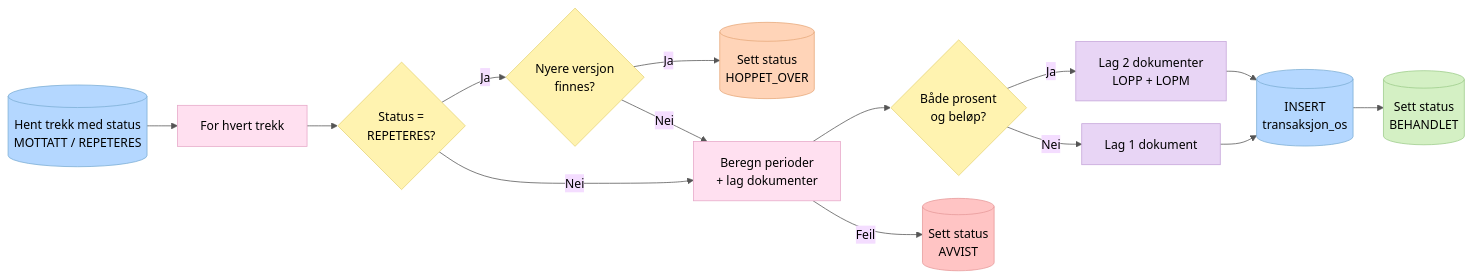
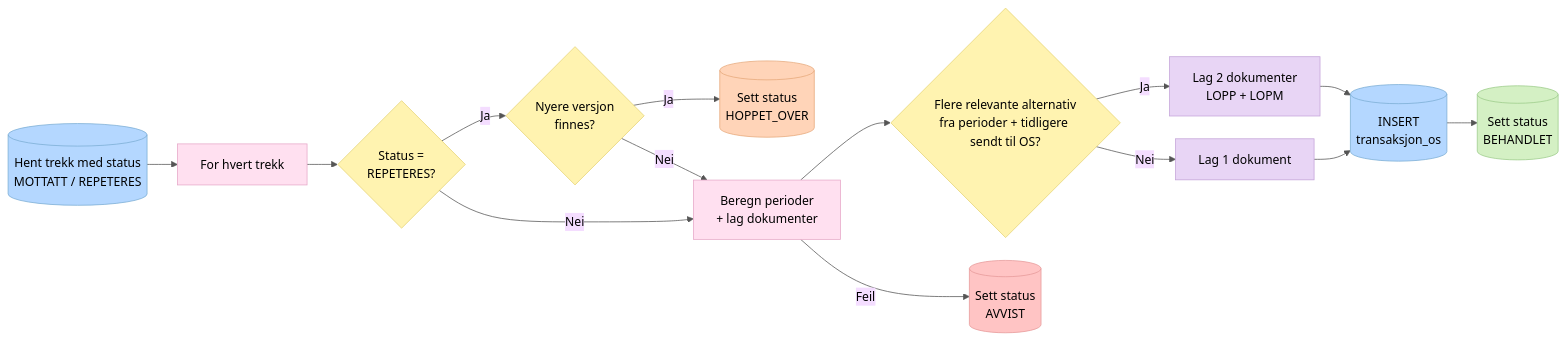
One commit to navikt/sokos-utleggstrekk changed the first of 2 diagrams in dokumentasjon/flytdiagram/03_behandling.md. Above: the diagram before and after it, drawn with Mermaid.

Commit message:
Update flowchart process for document generation

````diff
--- a/dokumentasjon/flytdiagram/03_behandling.md
+++ b/dokumentasjon/flytdiagram/03_behandling.md
@@ -5,35 +5,35 @@
 ```mermaid
 %%{init: {'theme': 'base', 'themeVariables': {'background': '#ffffff', 'primaryTextColor': '#000000', 'secondaryTextColor': '#000000', 'tertiaryTextColor': '#000000', 'lineColor': '#555555', 'textColor': '#000000'}, 'flowchart': {'wrappingWidth': 200, 'padding': 15, 'nodeSpacing': 30, 'rankSpacing': 40}}}%%
 flowchart LR
     Start[(Hent trekk med status<br/>MOTTATT / REPETERES)] --> ForEach[For hvert trekk]
 
     ForEach --> RepCheck{Status =<br/>REPETERES?}
     RepCheck -->|Ja| Newer{Nyere versjon<br/>finnes?}
     Newer -->|Ja| Skip[(Sett status<br/>HOPPET_OVER)]
     Newer -->|Nei| Process
     RepCheck -->|Nei| Process[Beregn perioder<br/>+ lag dokumenter]
 
-    Process --> Split{Både prosent<br/>og beløp?}
+    Process --> Split{Flere relevante alternativ<br/>fra perioder + tidligere sendt til OS?}
     Split -->|Ja| TwoDocs[Lag 2 dokumenter<br/>LOPP + LOPM]
     Split -->|Nei| OneDoc[Lag 1 dokument]
 
     TwoDocs --> Save[(INSERT<br/>transaksjon_os)]
     OneDoc --> Save
 
     Save --> Done[(Sett status<br/>BEHANDLET)]
 
     Process -->|Feil| Avvist[(Sett status<br/>AVVIST)]
 
     style Start fill:#b4d7ff,stroke:#7baed4,color:#000
     style ForEach fill:#ffe0f0,stroke:#e6a8c8,color:#000
     style RepCheck fill:#fff3b0,stroke:#e6d476,color:#000
     style Newer fill:#fff3b0,stroke:#e6d476,color:#000
     style Skip fill:#ffd4b8,stroke:#e6a87a,color:#000
     style Process fill:#ffe0f0,stroke:#e6a8c8,color:#000
     style Split fill:#fff3b0,stroke:#e6d476,color:#000
     style TwoDocs fill:#e8d5f5,stroke:#c4a4d9,color:#000
     style OneDoc fill:#e8d5f5,stroke:#c4a4d9,color:#000
     style Save fill:#b4d7ff,stroke:#7baed4,color:#000
     style Done fill:#d4f0c4,stroke:#9dcc8a,color:#000
     style Avvist fill:#ffc4c4,stroke:#e69a9a,color:#000
 ```
````
